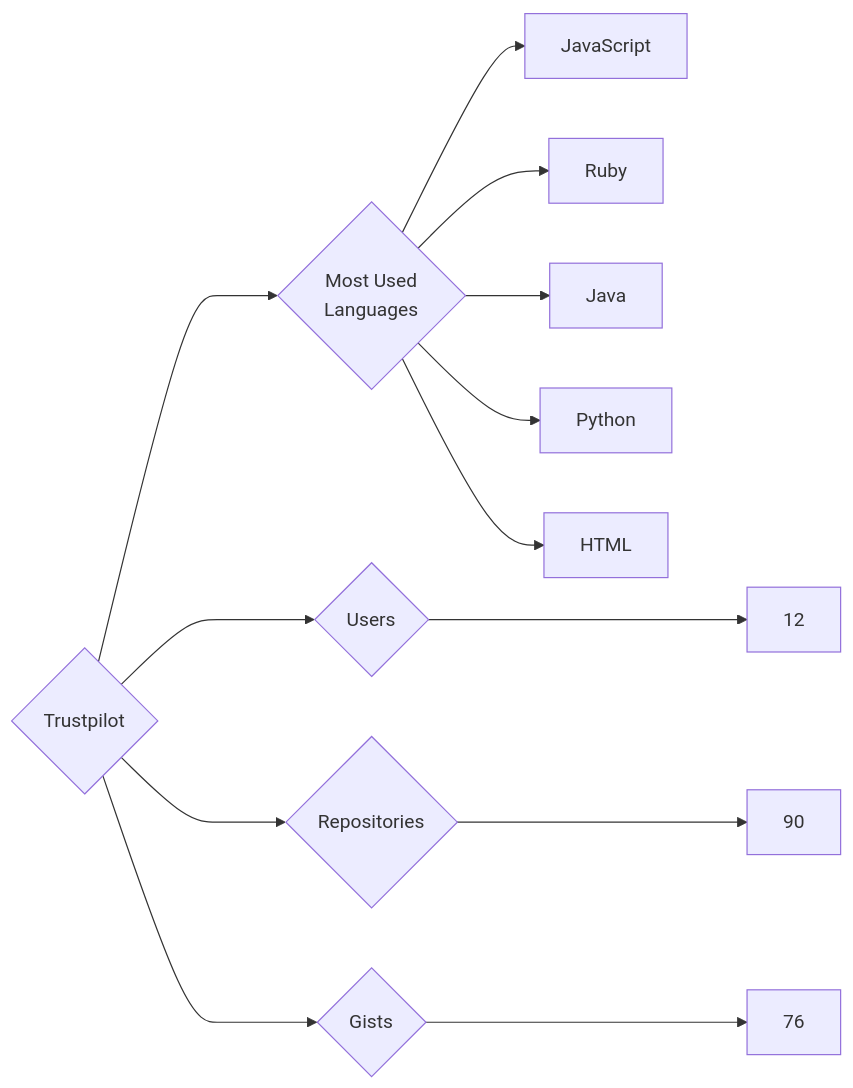
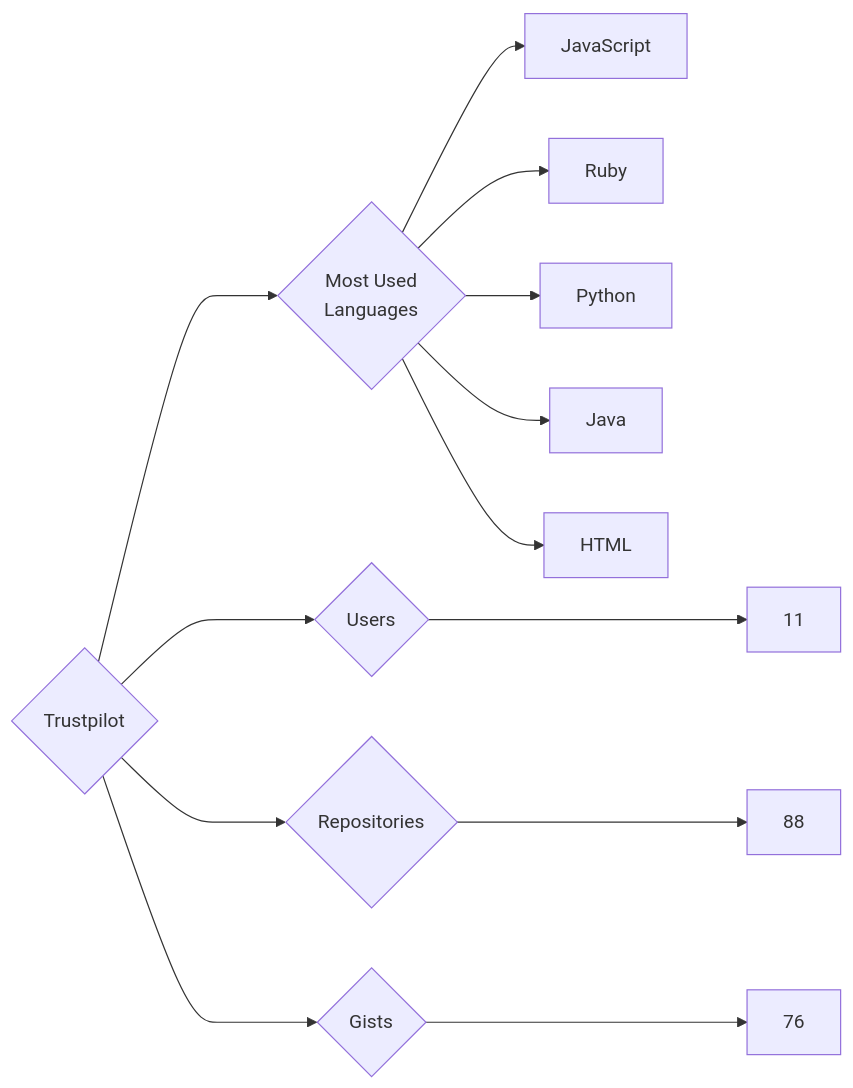
One commit to trickest/insiders changed the diagram in targets/Trustpilot/README.md. Above: the diagram before and after it, drawn with Mermaid. The commit also changed 928 other files, not shown here.

````diff
--- a/targets/Trustpilot/README.md
+++ b/targets/Trustpilot/README.md
@@ -3,13 +3,13 @@
 ```mermaid
 graph LR
 COMPANY_NAME{Trustpilot}
-COMPANY_NAME ---> U{Users} ---> UN[12]
-COMPANY_NAME ---> R{Repositories} ---> RN[90]
+COMPANY_NAME ---> U{Users} ---> UN[11]
+COMPANY_NAME ---> R{Repositories} ---> RN[88]
 COMPANY_NAME ---> G{Gists} ---> GN[76]
 COMPANY_NAME ---> ML{Most Used<br>Languages}
 ML --> JavaScript[JavaScript]
 ML --> Ruby[Ruby]
+ML --> Python[Python]
 ML --> Java[Java]
-ML --> Python[Python]
 ML --> HTML[HTML]
 ```
````
